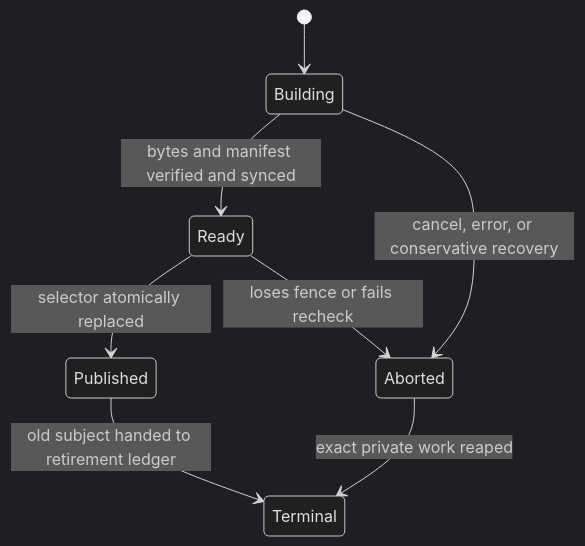
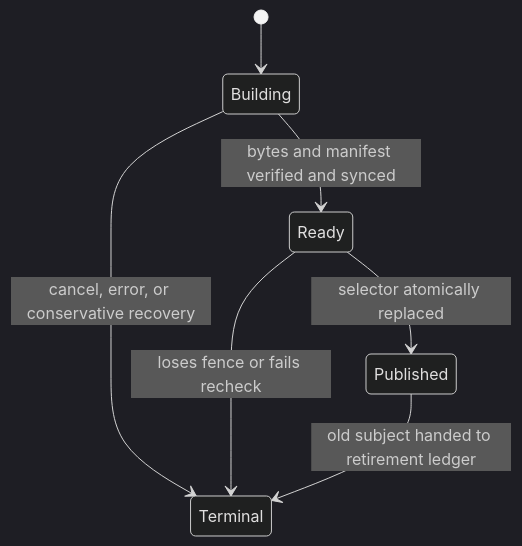
One commit to Ephemeral-AI-Lab/ephemeral-sandbox-docs changed the second of 4 diagrams in implementation-plan/2.0 migration/phase 1/implementation/stage_05_retention_gc_packs/spec.md. Above: the diagram before and after it, drawn with Mermaid (dark theme). The commit also changed other lines of this file and 12 other files, not shown here.

````diff
--- a/implementation-plan/2.0 migration/phase 1/implementation/stage_05_retention_gc_packs/spec.md
+++ b/implementation-plan/2.0 migration/phase 1/implementation/stage_05_retention_gc_packs/spec.md
@@ -141,10 +144,9 @@
 ```mermaid
 stateDiagram-v2
     [*] --> Building
     Building --> Ready: bytes and manifest verified and synced
-    Building --> Aborted: cancel, error, or conservative recovery
+    Building --> Terminal: cancel, error, or conservative recovery
     Ready --> Published: selector atomically replaced
-    Ready --> Aborted: loses fence or fails recheck
+    Ready --> Terminal: loses fence or fails recheck
     Published --> Terminal: old subject handed to retirement ledger
-    Aborted --> Terminal: exact private work reaped
 ```
````
